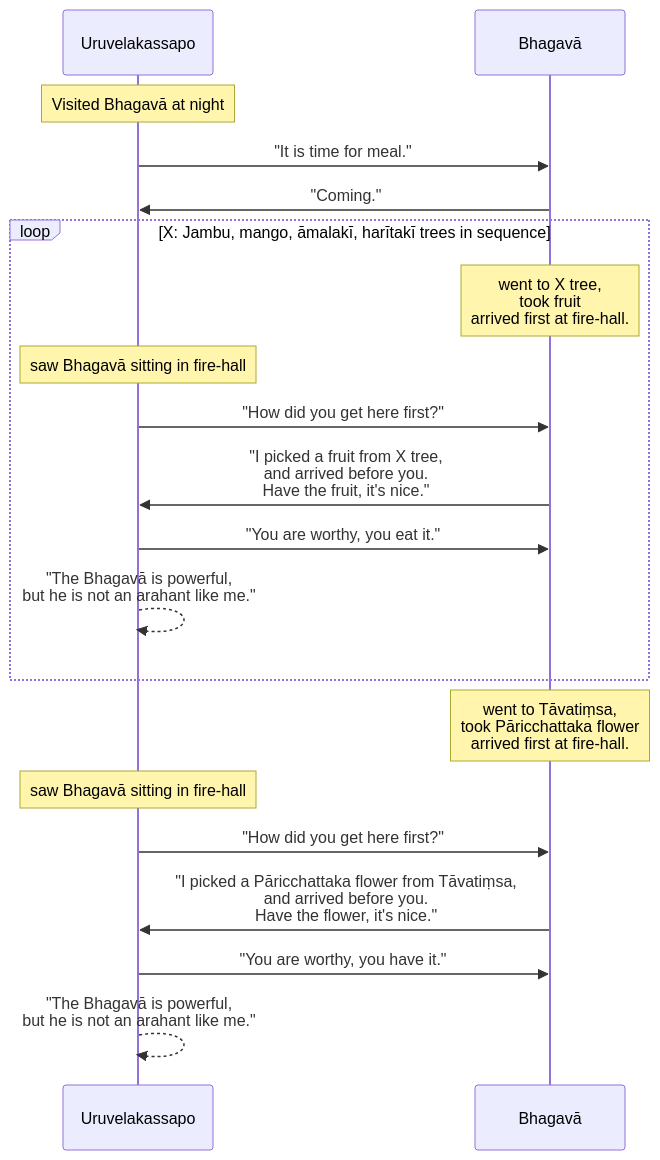
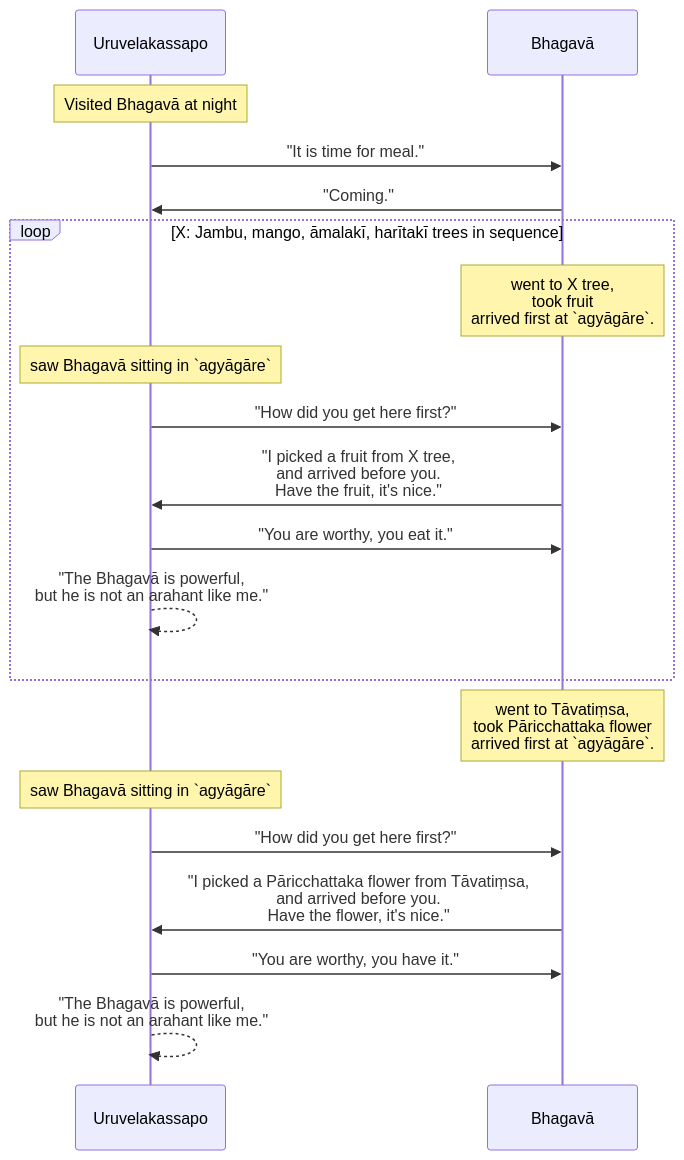
One commit to ChristineTham/tidipa changed the eighth of 16 diagrams in content/Khandhaka/1.12.md. Above: the diagram before and after it, drawn with Mermaid. The commit also changed other lines of this file and 14 other files, not shown here.

````diff
--- a/content/Khandhaka/1.12.md
+++ b/content/Khandhaka/1.12.md
@@ -357,22 +357,22 @@
 ```mermaid
 sequenceDiagram
 	participant A1 as Uruvelakassapo
 	participant B as Bhagavā
 	note over A1: Visited Bhagavā at night
 	A1->>B: "It is time for meal."
 	B->>A1: "Coming."
 	loop X: Jambu, mango, āmalakī, harītakī trees in sequence
-		note over B: went to X tree,<br>took fruit<br>arrived first at fire-hall.
-		note over A1: saw Bhagavā sitting in fire-hall
+		note over B: went to X tree,<br>took fruit<br>arrived first at `agyāgāre`.
+		note over A1: saw Bhagavā sitting in `agyāgāre`
 		A1->>B: "How did you get here first?"
 		B->>A1: "I picked a fruit from X tree,<br>and arrived before you.<br>Have the fruit, it's nice."
 		A1->>B: "You are worthy, you eat it."
 		A1-->>A1: "The Bhagavā is powerful, <br>but he is not an arahant like me."
 	end
-	note over B: went to Tāvatiṃsa,<br>took Pāricchattaka flower<br>arrived first at fire-hall.
-	note over A1: saw Bhagavā sitting in fire-hall
+	note over B: went to Tāvatiṃsa,<br>took Pāricchattaka flower<br>arrived first at `agyāgāre`.
+	note over A1: saw Bhagavā sitting in `agyāgāre`
 	A1->>B: "How did you get here first?"
 	B->>A1: "I picked a Pāricchattaka flower from Tāvatiṃsa,<br>and arrived before you.<br>Have the flower, it's nice."
 	A1->>B: "You are worthy, you have it."
 	A1-->>A1: "The Bhagavā is powerful, <br>but he is not an arahant like me."
 ```
````
